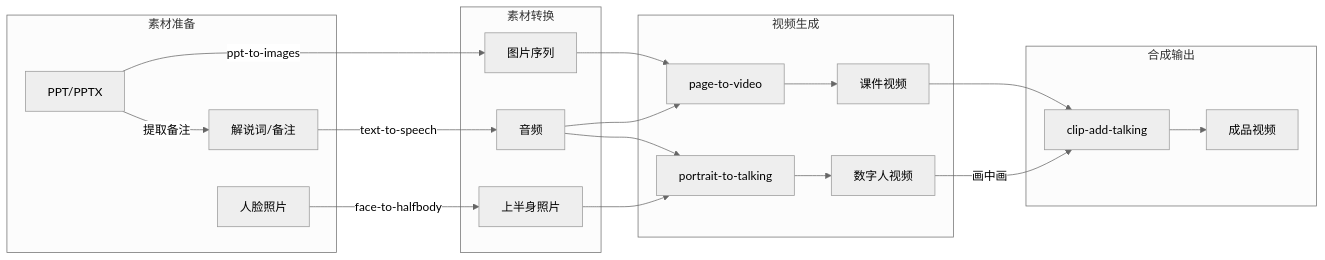
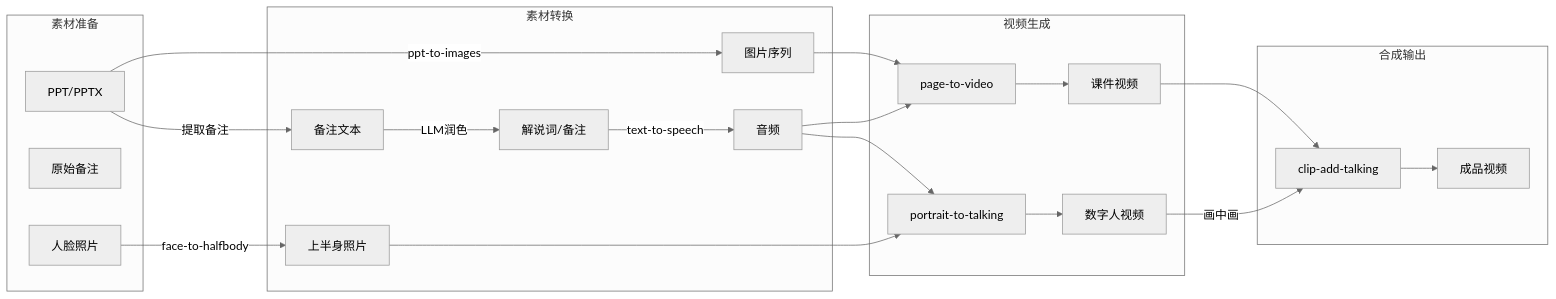
Before and after one commit to HQIT/geminar-toolchain: the diagram in README.md, drawn with Mermaid (neutral theme).

Commit message:
Refactor README.md to improve clarity and consistency in flowchart subgraph labels. Update subgraph names to include quotes and refine connections for text extraction and processing steps.

````diff
--- a/README.md
+++ b/README.md
@@ -20,30 +20,31 @@
 ```mermaid
 flowchart LR
-    subgraph 素材准备
+    subgraph "素材准备"
         PPT[PPT/PPTX]
-        TEXT[解说词/备注]
+        TEXT_RAW[原始备注]
         FACE[人脸照片]
     end
 
-    subgraph 素材转换
+    subgraph "素材转换"
         PPT -->|ppt-to-images| IMAGES[图片序列]
-        PPT -->|提取备注| TEXT
-        TEXT -->|text-to-speech| AUDIO[音频]
+        PPT -->|提取备注| NOTES[备注文本]
+        NOTES -->|LLM润色| TEXT_MAT[解说词/备注]
+        TEXT_MAT -->|text-to-speech| AUDIO[音频]
         FACE -->|face-to-halfbody| HALFBODY[上半身照片]
     end
 
-    subgraph 视频生成
+    subgraph "视频生成"
         IMAGES --> PTV[page-to-video]
         AUDIO --> PTV
         AUDIO --> PTT[portrait-to-talking]
         HALFBODY --> PTT
         PTV --> SLIDE_VIDEO[课件视频]
         PTT --> TALKING_VIDEO[数字人视频]
     end
 
-    subgraph 合成输出
+    subgraph "合成输出"
         SLIDE_VIDEO --> CAT[clip-add-talking]
         TALKING_VIDEO -->|画中画| CAT
         CAT --> OUTPUT[成品视频]
     end
 ```
````
